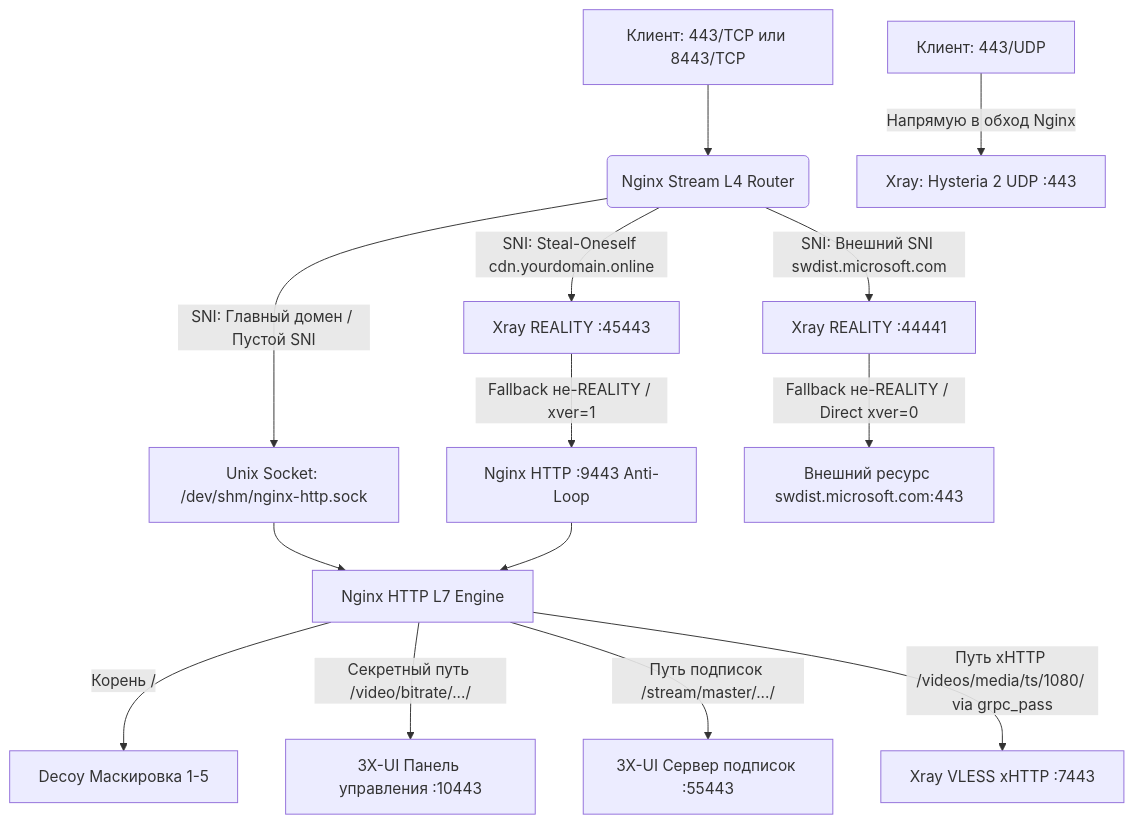
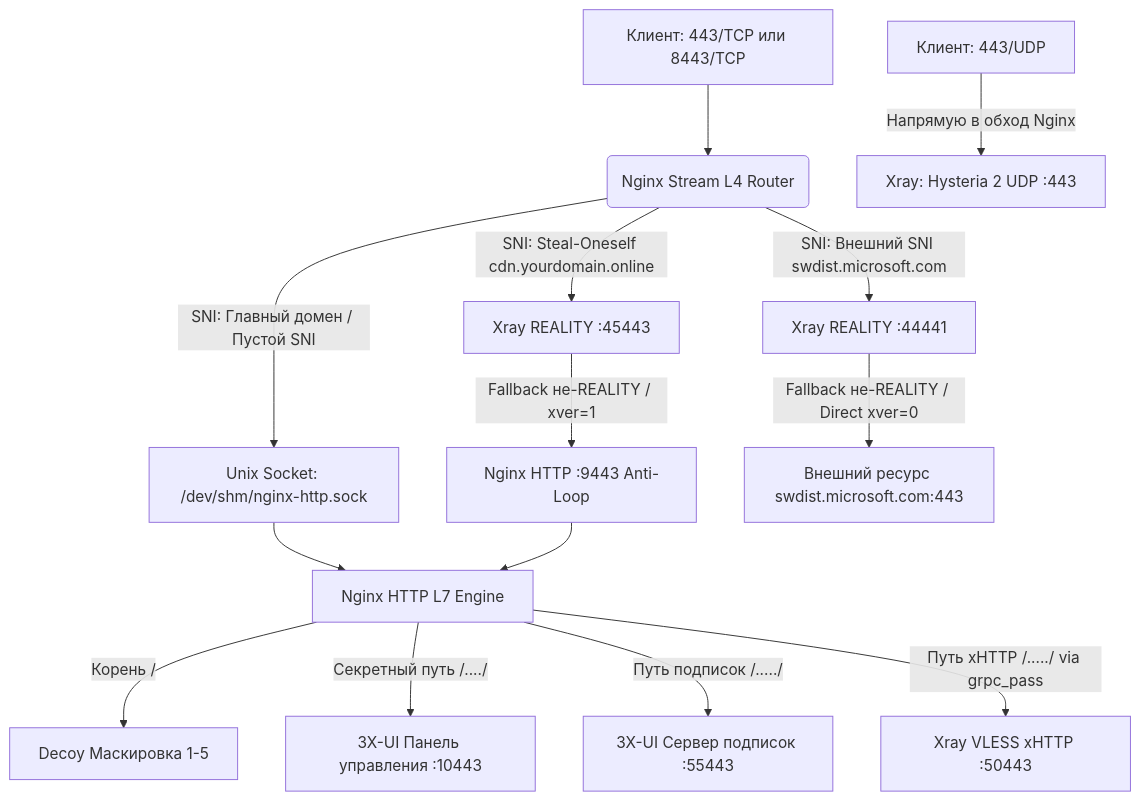
The diagram in README.md (torrua/Nginx-L4-Stream-Router-Mask-for-3x-ui), drawn with Mermaid before and after one commit.

````diff
--- a/README.md
+++ b/README.md
@@ -55,20 +55,20 @@
 ```mermaid
 graph TD
     Client443TCP[Клиент: 443/TCP или 8443/TCP] --> NginxStream(Nginx Stream L4 Router)
     Client443UDP[Клиент: 443/UDP] -->|Напрямую в обход Nginx| XrayHysteria[Xray: Hysteria 2 UDP :443]
 
     NginxStream -->|SNI: Главный домен / Пустой SNI| NginxSock[Unix Socket: /dev/shm/nginx-http.sock]
     NginxStream -->|SNI: Steal-Oneself cdn.yourdomain.online| XrayStealREALITY[Xray REALITY :45443]
     NginxStream -->|SNI: Внешний SNI swdist.microsoft.com| XrayClassicREALITY[Xray REALITY :44441]
 
     XrayStealREALITY -->|Fallback не-REALITY / xver=1| NginxFallbackHTTP[Nginx HTTP :9443 Anti-Loop]
     XrayClassicREALITY -->|Fallback не-REALITY / Direct xver=0| ExternalSite[Внешний ресурс swdist.microsoft.com:443]
 
     NginxSock --> NginxHTTPCore[Nginx HTTP L7 Engine]
     NginxFallbackHTTP --> NginxHTTPCore
 
     NginxHTTPCore -->|Корень /| DecoySite[Decoy Маскировка 1-5]
-    NginxHTTPCore -->|Секретный путь /video/bitrate/.../| Panel3X[3X-UI Панель управления :10443]
-    NginxHTTPCore -->|Путь подписок /stream/master/.../| PanelSub[3X-UI Сервер подписок :55443]
-    NginxHTTPCore -->|Путь xHTTP /videos/media/ts/1080/ via grpc_pass| XrayXHTTP[Xray VLESS xHTTP :7443]
+    NginxHTTPCore -->|Секретный путь /..../| Panel3X[3X-UI Панель управления :10443]
+    NginxHTTPCore -->|Путь подписок /...../| PanelSub[3X-UI Сервер подписок :55443]
+    NginxHTTPCore -->|Путь xHTTP /...../ via grpc_pass| XrayXHTTP[Xray VLESS xHTTP :50443]
 ```
````
